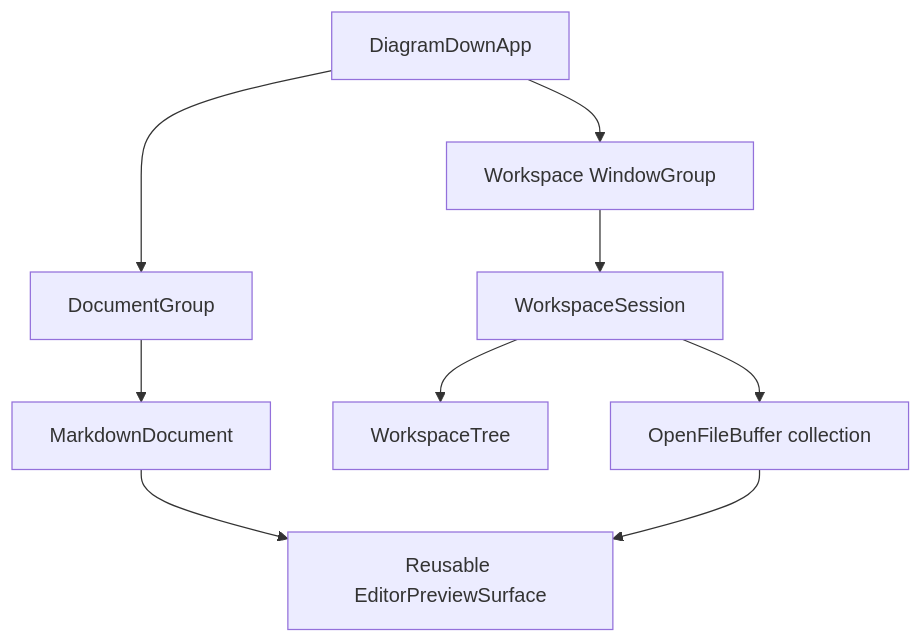
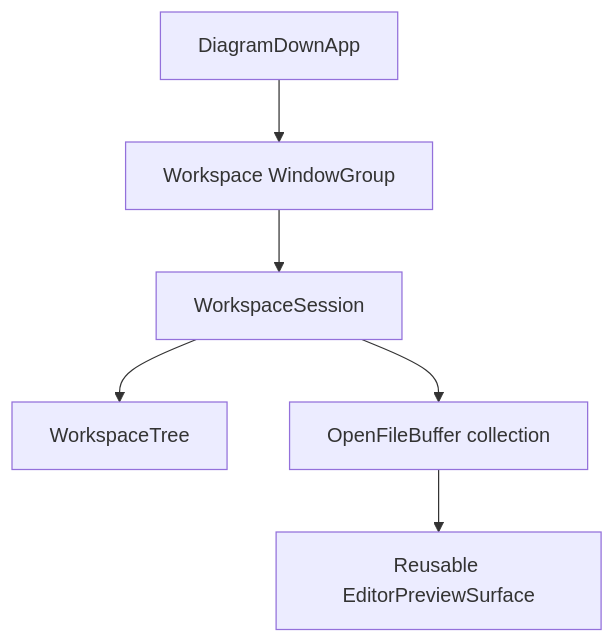
Before and after one commit to Weichen-LF/DiagramDown: the diagram in docs/workspace-folder-design.md, drawn with Mermaid. The commit also changed other lines of this file and 23 other files, not shown here.

First line of the commit message:
Release DiagramDown 0.22.0 (#8)

````diff
--- a/docs/workspace-folder-design.md
+++ b/docs/workspace-folder-design.md
@@ -41,20 +49,15 @@
 ```mermaid
 flowchart TD
     App[DiagramDownApp]
-    Single[DocumentGroup]
     Workspace[Workspace WindowGroup]
-    Document[MarkdownDocument]
     Session[WorkspaceSession]
     Tree[WorkspaceTree]
     Buffers[OpenFileBuffer collection]
     Surface[Reusable EditorPreviewSurface]
 
-    App --> Single
     App --> Workspace
-    Single --> Document
-    Document --> Surface
     Workspace --> Session
     Session --> Tree
     Session --> Buffers
     Buffers --> Surface
 ```
````
